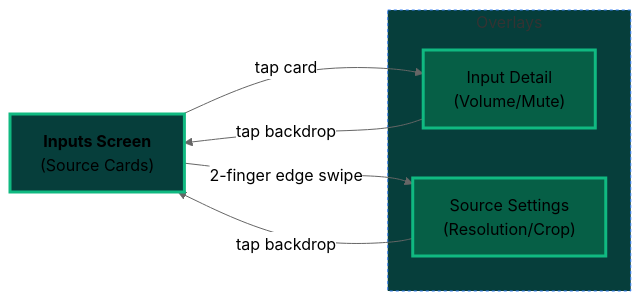
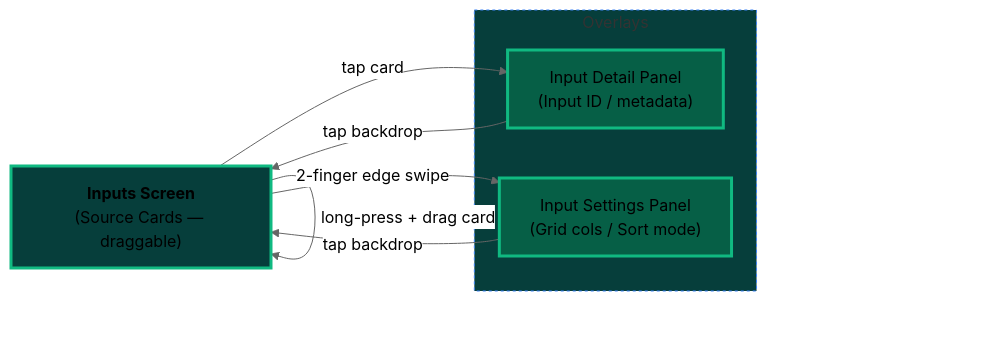
One commit to smelter-labs/smelter-editor changed the third of 4 diagrams in mobile_app/README.md. Above: the diagram before and after it, drawn with Mermaid (neutral theme). The commit also changed other lines of this file, not shown here.

````diff
--- a/mobile_app/README.md
+++ b/mobile_app/README.md
@@ -88,21 +95,23 @@
 ```mermaid
 %%{init: {'flowchart': {'curve': 'basis'}} }%%
 flowchart LR
-    Main["<b>Inputs Screen</b><br/>(Source Cards)"]
+    Main["<b>Inputs Screen</b><br/>(Source Cards — draggable)"]
 
-    subgraph Modals ["Overlays"]
-        Panel["Input Detail<br/>(Volume/Mute)"]
-        Settings["Source Settings<br/>(Resolution/Crop)"]
+    subgraph Overlays ["Overlays"]
+        Panel["Input Detail Panel<br/>(Input ID / metadata)"]
+        Settings["Input Settings Panel<br/>(Grid cols / Sort mode)"]
     end
 
     Main -->|"tap card"| Panel
     Panel -->|"tap backdrop"| Main
 
     Main -->|"2-finger edge swipe"| Settings
     Settings -->|"tap backdrop"| Main
 
+    Main -->|"long-press + drag card"| Main
+
     style Main fill:#063E3B,stroke:#10B981,stroke-width:3px
     style Panel fill:#065F46,stroke:#10B981,stroke-width:3px
     style Settings fill:#065F46,stroke:#10B981,stroke-width:3px
-    style Modals fill:#063E3B,stroke:#3b82f6,stroke-dasharray: 3 3
+    style Overlays fill:#063E3B,stroke:#3b82f6,stroke-dasharray: 3 3
 ```
````
